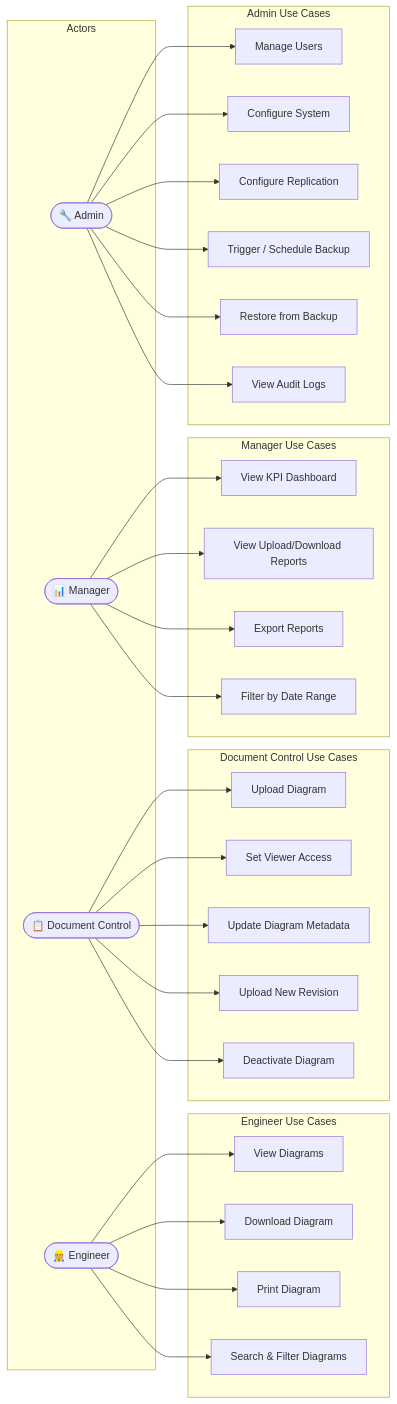
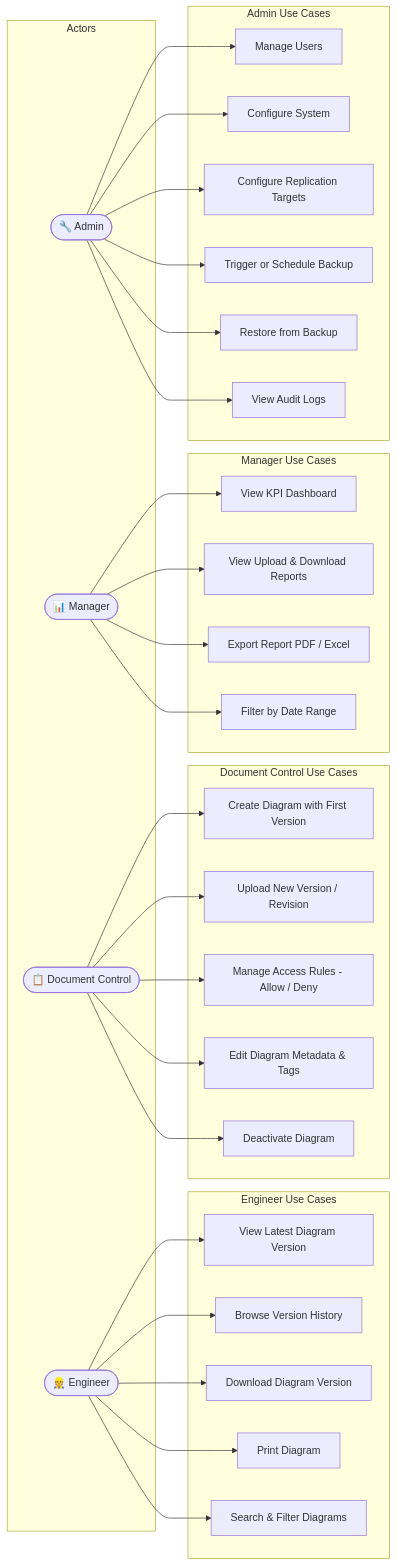
Before and after one commit to MoKenawy/Diagram-management-System: the third of 12 diagrams in README.md, drawn with Mermaid. The commit also changed other lines of this file, not shown here.

````diff
--- a/README.md
+++ b/README.md
@@ -334,63 +388,46 @@
 ```mermaid
 flowchart LR
     subgraph Actors
         E([👷 Engineer])
         DC([📋 Document Control])
         M([📊 Manager])
         A([🔧 Admin])
     end
 
     subgraph UC_Engineer["Engineer Use Cases"]
-        UC1[View Diagrams]
-        UC2[Download Diagram]
-        UC3[Print Diagram]
-        UC4[Search & Filter Diagrams]
+        UC1[View Latest Diagram Version]
+        UC2[Browse Version History]
+        UC3[Download Diagram Version]
+        UC4[Print Diagram]
+        UC5[Search & Filter Diagrams]
     end
 
     subgraph UC_DC["Document Control Use Cases"]
-        UC5[Upload Diagram]
-        UC6[Set Viewer Access]
-        UC7[Update Diagram Metadata]
-        UC8[Upload New Revision]
-        UC9[Deactivate Diagram]
+        UC6[Create Diagram with First Version]
+        UC7[Upload New Version / Revision]
+        UC8[Manage Access Rules - Allow / Deny]
+        UC9[Edit Diagram Metadata & Tags]
+        UC10[Deactivate Diagram]
     end
 
     subgraph UC_Manager["Manager Use Cases"]
-        UC10[View KPI Dashboard]
-        UC11[View Upload/Download Reports]
-        UC12[Export Reports]
-        UC13[Filter by Date Range]
+        UC11[View KPI Dashboard]
+        UC12[View Upload & Download Reports]
+        UC13[Export Report PDF / Excel]
+        UC14[Filter by Date Range]
     end
 
     subgraph UC_Admin["Admin Use Cases"]
-        UC14[Manage Users]
-        UC15[Configure System]
-        UC16[Configure Replication]
-        UC17[Trigger / Schedule Backup]
-        UC18[Restore from Backup]
-        UC19[View Audit Logs]
+        UC15[Manage Users]
+        UC16[Configure System]
+        UC17[Configure Replication Targets]
+        UC18[Trigger or Schedule Backup]
+        UC19[Restore from Backup]
+        UC20[View Audit Logs]
     end
 
-    E --> UC1
-    E --> UC2
-    E --> UC3
-    E --> UC4
-
-    DC --> UC5
-    DC --> UC6
-    DC --> UC7
-    DC --> UC8
-    DC --> UC9
-
-    M --> UC10
-    M --> UC11
-    M --> UC12
-    M --> UC13
-
-    A --> UC14
-    A --> UC15
-    A --> UC16
-    A --> UC17
-    A --> UC18
-    A --> UC19
+    E --> UC1 & UC2 & UC3 & UC4 & UC5
+    DC --> UC6 & UC7 & UC8 & UC9 & UC10
+    M --> UC11 & UC12 & UC13 & UC14
+    A --> UC15 & UC16 & UC17 & UC18 & UC19 & UC20
 ```
````
